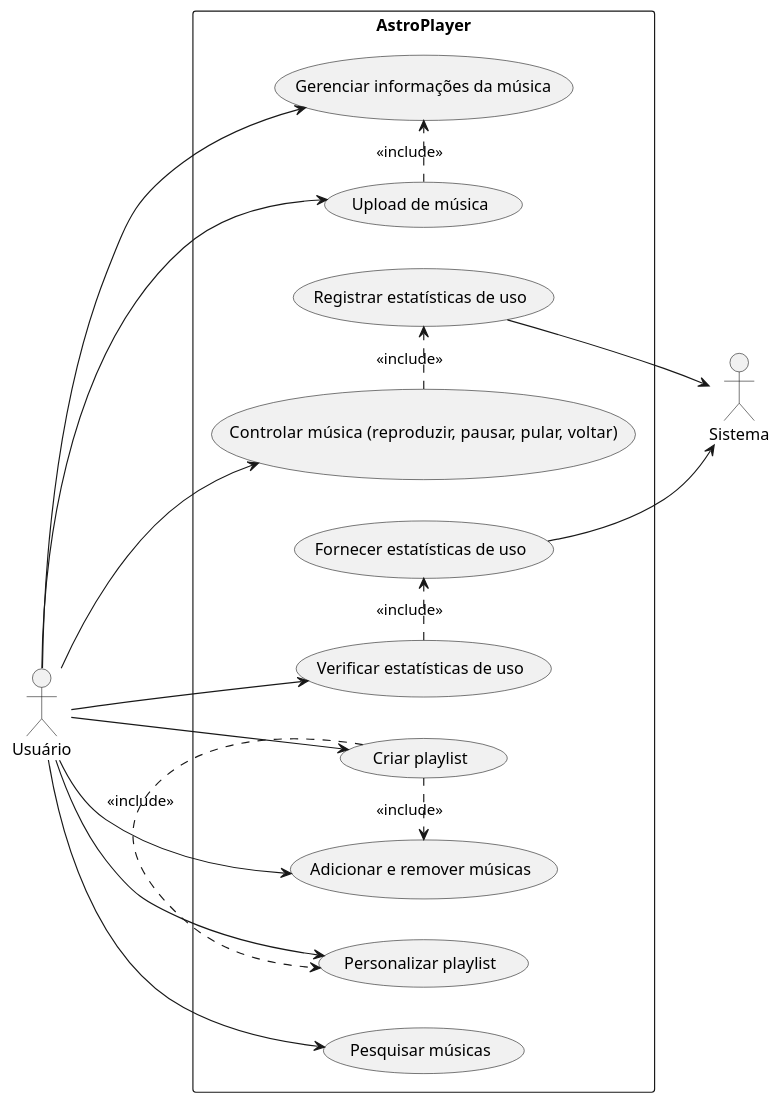
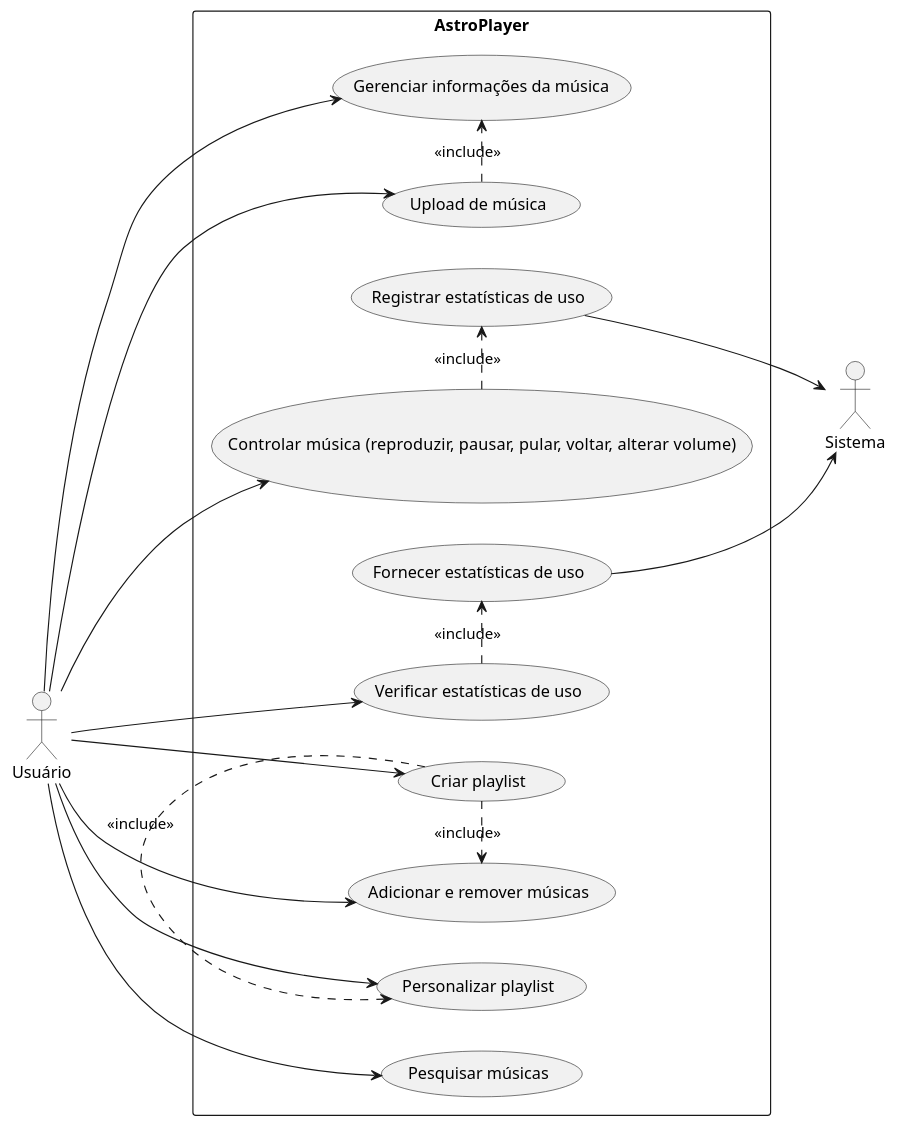
The diagram in docs/UML_CasosDeUso.puml (carloscardoso05/Astroplayer), drawn with PlantUML before and after one commit.

Commit message:
Modificar volume adicionado

```diff
--- a/docs/UML_CasosDeUso.puml
+++ b/docs/UML_CasosDeUso.puml
@@ -1,36 +1,36 @@
 @startuml CasosDeUso
 left to right direction
 actor "Usuário" as A1
 actor "Sistema" as A2 
 
 rectangle AstroPlayer {
   usecase "Upload de música" as UC1
   usecase "Gerenciar informações da música" as UC2
   usecase "Pesquisar músicas" as UC3
-  usecase "Controlar música (reproduzir, pausar, pular, voltar)" as UC4
+  usecase "Controlar música (reproduzir, pausar, pular, voltar, alterar volume)" as UC4
   usecase "Criar playlist" as UC5
   usecase "Personalizar playlist" as UC6
   usecase "Adicionar e remover músicas" as UC7
   usecase "Verificar estatísticas de uso" as UC9
   usecase "Registrar estatísticas de uso" as UC10
   usecase "Fornecer estatísticas de uso" as UC11
 
   (UC1) .> (UC2) : <<include>>
   (UC4) .> (UC10) : <<include>> 
   (UC9) .> (UC11) : <<include>> 
   (UC5) .> (UC7) : <<include>>  
   (UC5) .> (UC6) : <<include>>  
 }
 
 A1 --> UC1
 A1 --> UC2
 A1 --> UC3
 A1 --> UC4
 A1 --> UC5
 A1 --> UC6
 A1 --> UC7
 A1 --> UC9
 
 UC10 --> A2
 UC11 --> A2
 @enduml
```
